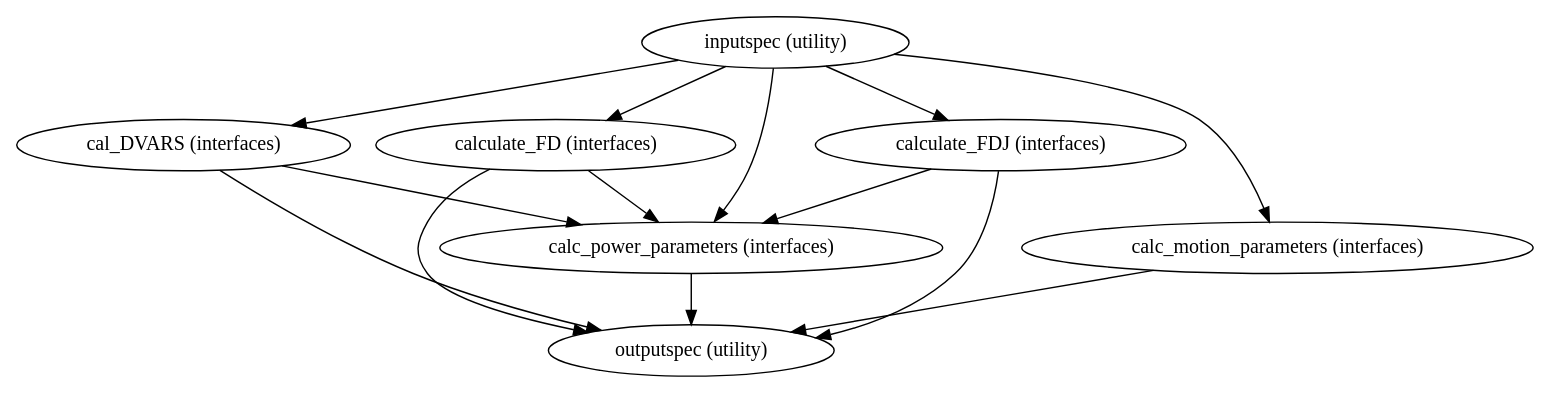
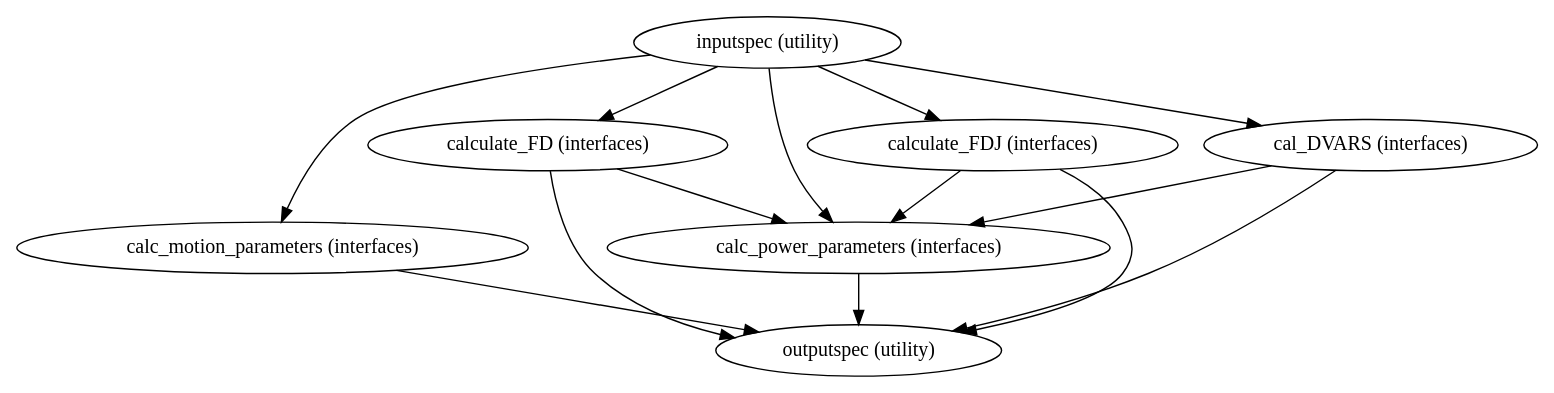
One commit to shnizzedy/fcp-indi.github.io changed the diagram in docs/developer/workflows/images/generated/motion_statistics.dot. Above: the diagram before and after it, drawn with Graphviz. The commit also changed 294 other files, not shown here.

```diff
--- a/docs/developer/workflows/images/generated/motion_statistics.dot
+++ b/docs/developer/workflows/images/generated/motion_statistics.dot
@@ -1,22 +1,22 @@
-strict digraph  {
-"inputspec (utility)";
-"cal_DVARS (interfaces)";
-"calculate_FD (interfaces)";
-"calculate_FDJ (interfaces)";
+strict digraph "" {
 "calc_motion_parameters (interfaces)";
 "calc_power_parameters (interfaces)";
 "outputspec (utility)";
+"inputspec (utility)";
+"calculate_FD (interfaces)";
+"calculate_FDJ (interfaces)";
+"cal_DVARS (interfaces)";
+"calc_motion_parameters (interfaces)" -> "outputspec (utility)";
+"calc_power_parameters (interfaces)" -> "outputspec (utility)";
+"inputspec (utility)" -> "calculate_FDJ (interfaces)";
+"inputspec (utility)" -> "calculate_FD (interfaces)";
 "inputspec (utility)" -> "cal_DVARS (interfaces)";
-"inputspec (utility)" -> "calculate_FD (interfaces)";
-"inputspec (utility)" -> "calculate_FDJ (interfaces)";
 "inputspec (utility)" -> "calc_motion_parameters (interfaces)";
 "inputspec (utility)" -> "calc_power_parameters (interfaces)";
+"calculate_FD (interfaces)" -> "calc_power_parameters (interfaces)";
+"calculate_FD (interfaces)" -> "outputspec (utility)";
+"calculate_FDJ (interfaces)" -> "calc_power_parameters (interfaces)";
+"calculate_FDJ (interfaces)" -> "outputspec (utility)";
+"cal_DVARS (interfaces)" -> "calc_power_parameters (interfaces)";
 "cal_DVARS (interfaces)" -> "outputspec (utility)";
-"cal_DVARS (interfaces)" -> "calc_power_parameters (interfaces)";
-"calculate_FD (interfaces)" -> "outputspec (utility)";
-"calculate_FD (interfaces)" -> "calc_power_parameters (interfaces)";
-"calculate_FDJ (interfaces)" -> "outputspec (utility)";
-"calculate_FDJ (interfaces)" -> "calc_power_parameters (interfaces)";
-"calc_motion_parameters (interfaces)" -> "outputspec (utility)";
-"calc_power_parameters (interfaces)" -> "outputspec (utility)";
 }
```
